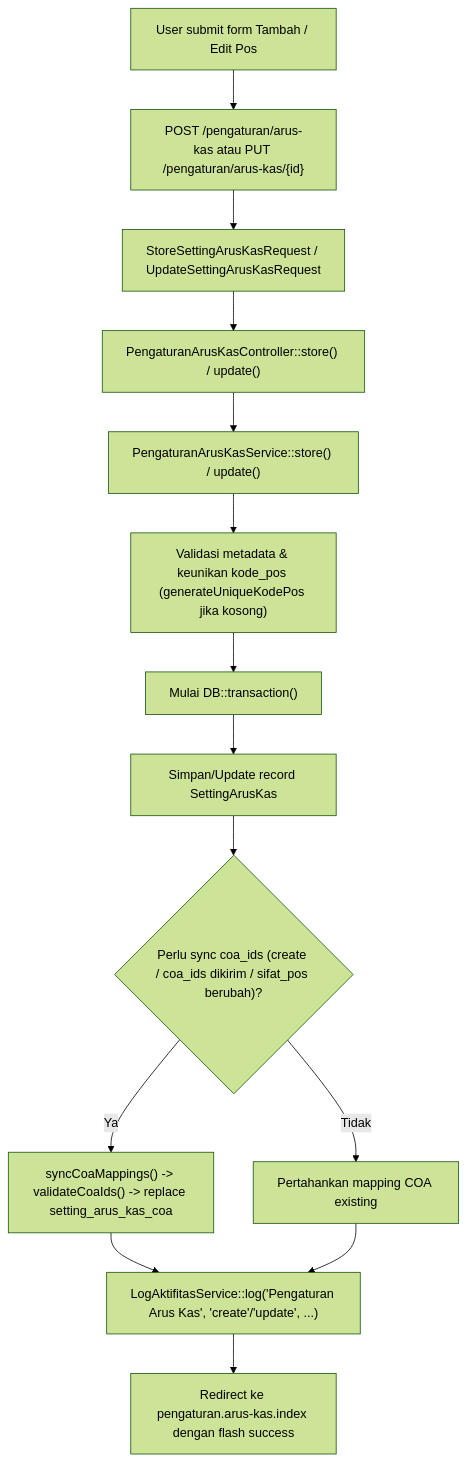
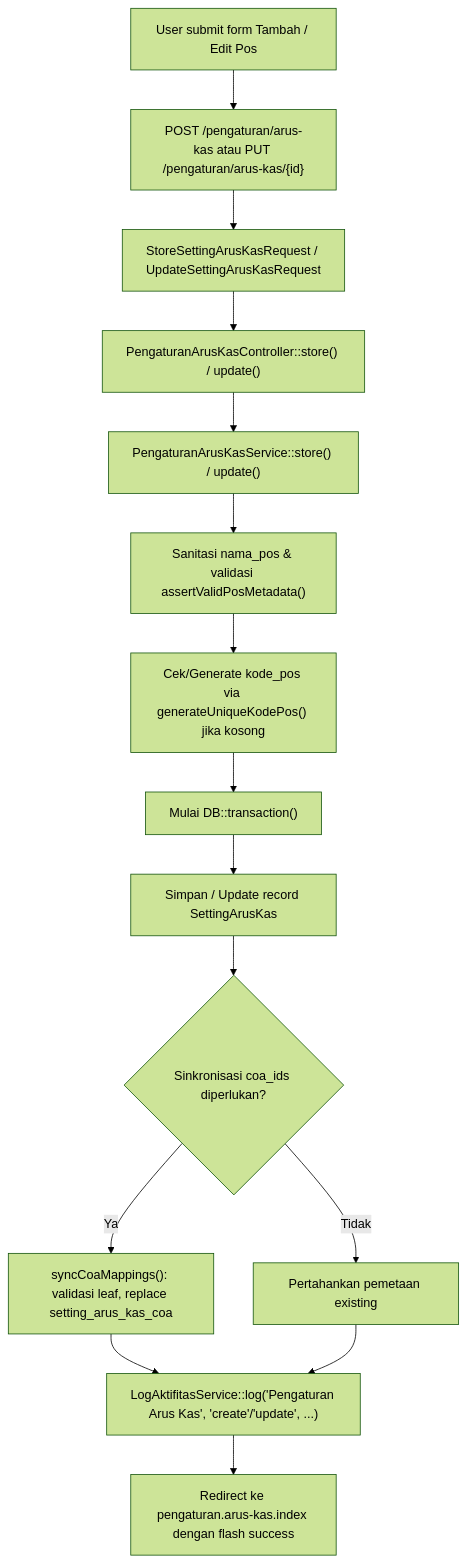
Before and after one commit to AltamaSidoarjo/laravel-siakurat-pt-smt: the third of 6 diagrams in dokumentasi/pengaturan-arus-kas.md, drawn with Mermaid (forest theme). The commit also changed other lines of this file and 1 other file, not shown here.

Commit message:
docs(arus-kas): update documentation for pengaturan arus kas and referensi kelompok arus kas

````diff
--- a/dokumentasi/pengaturan-arus-kas.md
+++ b/dokumentasi/pengaturan-arus-kas.md
@@ -174,16 +221,17 @@
 ```mermaid
 flowchart TD
     A["User submit form Tambah / Edit Pos"] --> B["POST /pengaturan/arus-kas atau PUT /pengaturan/arus-kas/{id}"]
     B --> C["StoreSettingArusKasRequest / UpdateSettingArusKasRequest"]
     C --> D["PengaturanArusKasController::store() / update()"]
     D --> E["PengaturanArusKasService::store() / update()"]
-    E --> F["Validasi metadata & keunikan kode_pos (generateUniqueKodePos jika kosong)"]
-    F --> G["Mulai DB::transaction()"]
-    G --> H["Simpan/Update record SettingArusKas"]
-    H --> I{"Perlu sync coa_ids (create / coa_ids dikirim / sifat_pos berubah)?"}
-    I -- Ya --> J["syncCoaMappings() -> validateCoaIds() -> replace setting_arus_kas_coa"]
-    I -- Tidak --> K["Pertahankan mapping COA existing"]
-    J --> L["LogAktifitasService::log('Pengaturan Arus Kas', 'create'/'update', ...)"]
-    K --> L
-    L --> M["Redirect ke pengaturan.arus-kas.index dengan flash success"]
+    E --> F["Sanitasi nama_pos & validasi assertValidPosMetadata()"]
+    F --> G["Cek/Generate kode_pos via generateUniqueKodePos() jika kosong"]
+    G --> H["Mulai DB::transaction()"]
+    H --> I["Simpan / Update record SettingArusKas"]
+    I --> J{"Sinkronisasi coa_ids diperlukan?"}
+    J -- Ya --> K["syncCoaMappings(): validasi leaf, replace setting_arus_kas_coa"]
+    J -- Tidak --> L["Pertahankan pemetaan existing"]
+    K --> M["LogAktifitasService::log('Pengaturan Arus Kas', 'create'/'update', ...)"]
+    L --> M
+    M --> N["Redirect ke pengaturan.arus-kas.index dengan flash success"]
 ```
````
